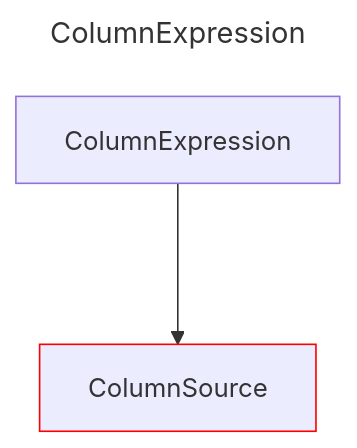
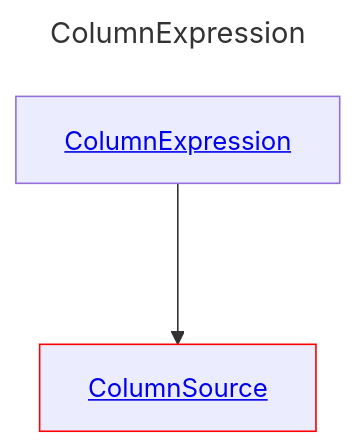
Before and after one commit to douglassimonsen/pbi_core: the diagram in docs/docs/layout/erd/ColumnExpression.md, drawn with Mermaid. The commit also changed 76 other files, not shown here.

````diff
--- a/docs/docs/layout/erd/ColumnExpression.md
+++ b/docs/docs/layout/erd/ColumnExpression.md
@@ -1,10 +1,10 @@
 ```mermaid
 ---
 title: ColumnExpression
 ---
 graph 
-2430071925120["ColumnExpression"]
-2430071365824["ColumnSource"]
-style 2430071365824 stroke:#ff0000,stroke-width:1px
-2430071925120 ---> 2430071365824
+ColumnExpression[<a href='/layout/erd/ColumnExpression'>ColumnExpression</a>]
+ColumnSource[<a href='/layout/erd/ColumnSource'>ColumnSource</a>]
+style ColumnSource stroke:#ff0000,stroke-width:1px
+ColumnExpression ---> ColumnSource
 ```
````
